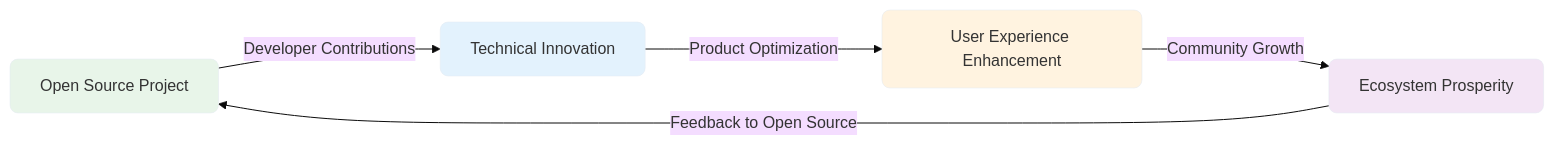
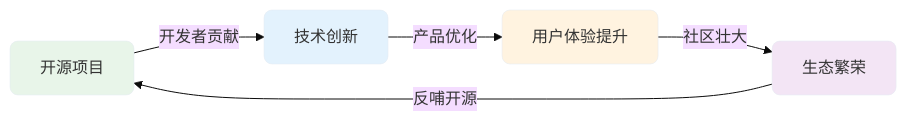
The fifth of 5 diagrams in README.md (GitEnglish/emergent-corpus-L2-context-keeper), drawn with Mermaid before and after one commit. The commit also changed other lines of this file and 2 other files, not shown here.

````diff
--- a/README.md
+++ b/README.md
@@ -783,13 +827,13 @@
 ```mermaid
 %%{init: {'theme':'base', 'themeVariables': {'fontSize':'16px', 'fontFamily':'Arial, sans-serif'}}}%%
 graph LR
-    A[Open Source Project] -->|Developer Contributions| B[Technical Innovation]
-    B -->|Product Optimization| C[User Experience Enhancement]
-    C -->|Community Growth| D[Ecosystem Prosperity]
-    D -->|Feedback to Open Source| A
+    A[开源项目] -->|开发者贡献| B[技术创新]
+    B -->|产品优化| C[用户体验提升]
+    C -->|社区壮大| D[生态繁荣]
+    D -->|反哺开源| A
     
     style A fill:#e8f5e9,stroke:#e2e8f0,stroke-width:0.5px,rx:8,ry:8
     style B fill:#e3f2fd,stroke:#e2e8f0,stroke-width:0.5px,rx:8,ry:8
     style C fill:#fff3e0,stroke:#e2e8f0,stroke-width:0.5px,rx:8,ry:8
     style D fill:#f3e5f5,stroke:#e2e8f0,stroke-width:0.5px,rx:8,ry:8
 ```
````
